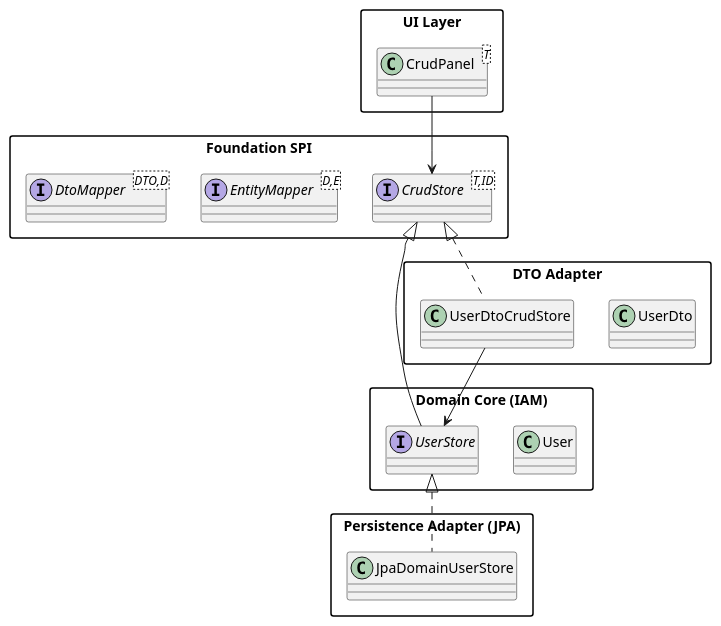
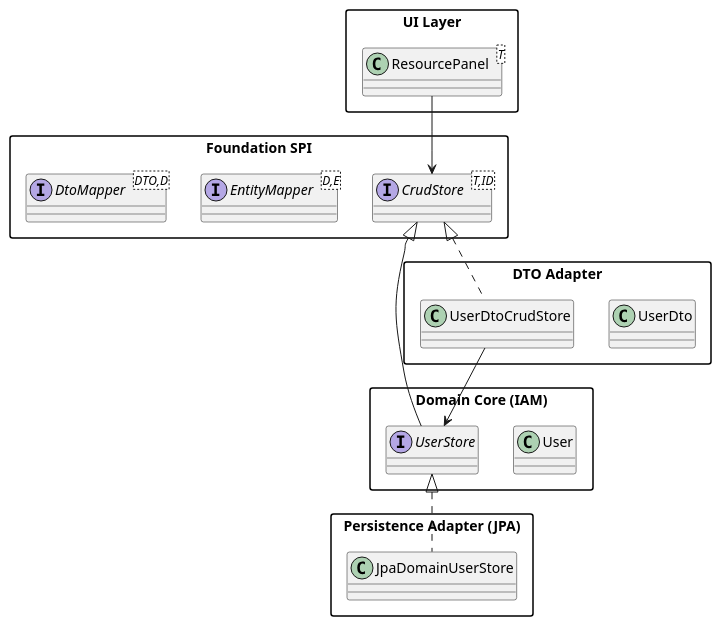
Before and after one commit to Allarion/javaholic-modules: the diagram in docs/Layer Overview.puml, drawn with PlantUML. The commit also changed other lines of this file and 49 other files, not shown here.

Commit message:
ui-kit-crud -> ui-kit-resource: refactor CrudAction/Panel/Presets to Resource

```diff
--- a/docs/Layer Overview.puml
+++ b/docs/Layer Overview.puml
@@ -1,35 +1,35 @@
 @startuml
 skinparam packageStyle rectangle
 
 package "Foundation SPI" {
   interface CrudStore<T,ID>
   interface EntityMapper<D,E>
   interface DtoMapper<DTO,D>
 }
 
 package "Domain Core (IAM)" {
   class User
   interface UserStore
 }
 
 package "Persistence Adapter (JPA)" {
   class JpaDomainUserStore
 }
 
 package "DTO Adapter" {
   class UserDto
   class UserDtoCrudStore
 }
 
 package "UI Layer" {
-  class CrudPanel<T>
+  class ResourcePanel<T>
 }
 
 CrudStore <|-- UserStore
 UserStore <|.. JpaDomainUserStore
 CrudStore <|.. UserDtoCrudStore
 
 UserDtoCrudStore --> UserStore
-CrudPanel --> CrudStore
+ResourcePanel --> CrudStore
 
 @enduml
```
